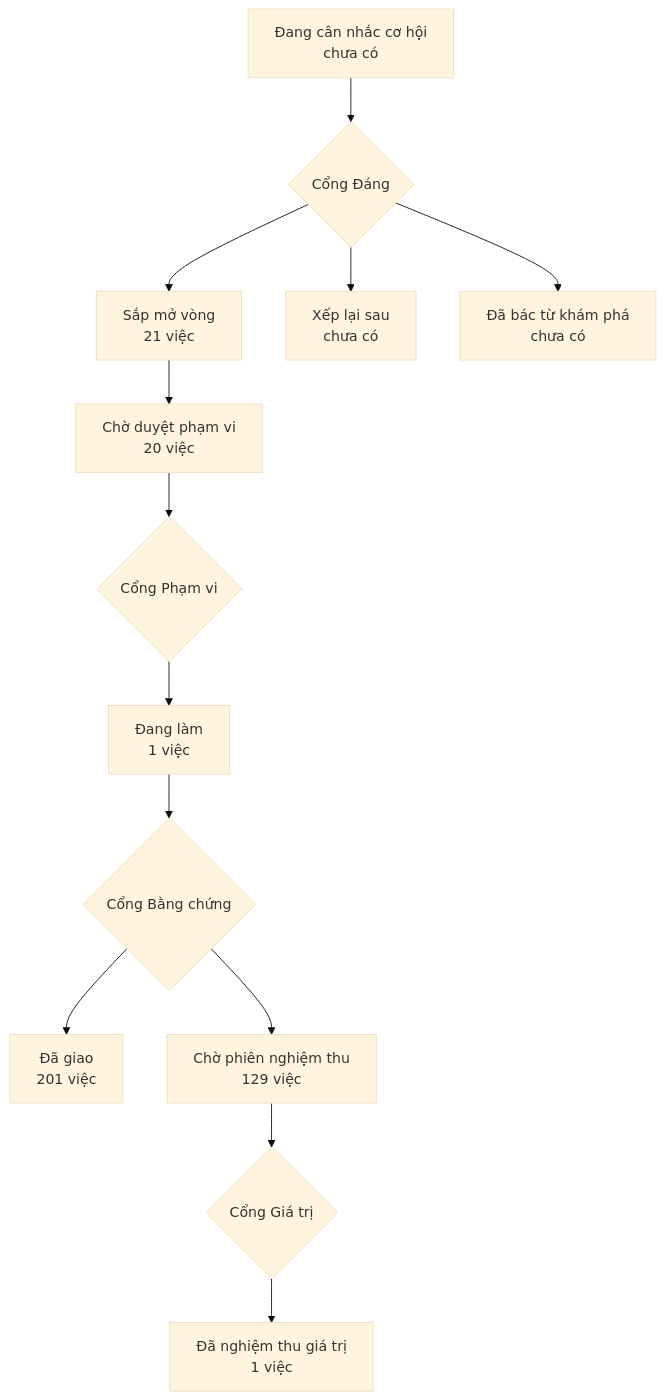
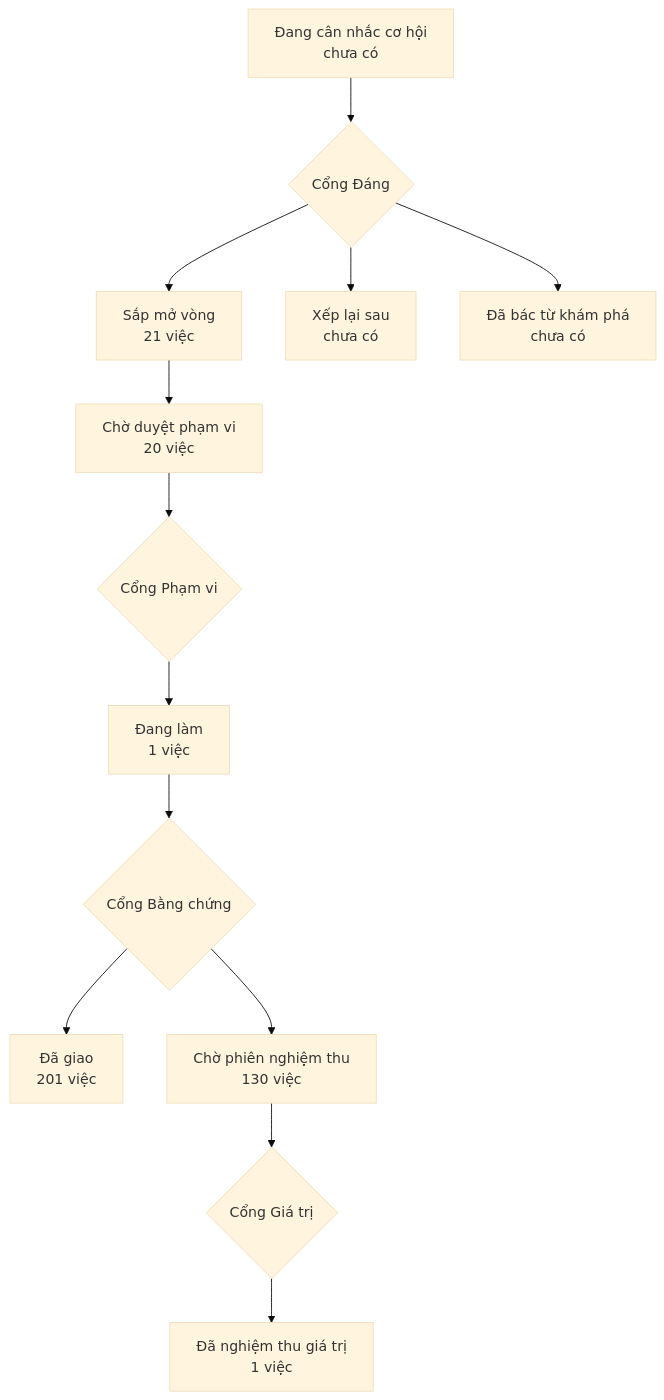
Before and after one commit to phanlemanh/onehub-invest: the diagram in PRODUCT-MAP.md, drawn with Mermaid (base theme). The commit also changed other lines of this file and 1 other file, not shown here.

Commit message:
chore: vẽ lại bản đồ sản phẩm và lộ trình sau khi gộp main

````diff
--- a/PRODUCT-MAP.md
+++ b/PRODUCT-MAP.md
@@ -7,12 +7,12 @@
 ```mermaid
 flowchart TD
   A["Đang cân nhắc cơ hội<br/>chưa có"] --> GD{"Cổng Đáng"}
   GD --> B["Sắp mở vòng<br/>21 việc"]
   GD --> XL["Xếp lại sau<br/>chưa có"]
   GD --> DB["Đã bác từ khám phá<br/>chưa có"]
   B --> CD["Chờ duyệt phạm vi<br/>20 việc"] --> GP{"Cổng Phạm vi"}
   GP --> DL["Đang làm<br/>1 việc"] --> GB{"Cổng Bằng chứng"}
   GB --> DG["Đã giao<br/>201 việc"]
-  GB --> CN["Chờ phiên nghiệm thu<br/>129 việc"] --> GG{"Cổng Giá trị"}
+  GB --> CN["Chờ phiên nghiệm thu<br/>130 việc"] --> GG{"Cổng Giá trị"}
   GG --> NT["Đã nghiệm thu giá trị<br/>1 việc"]
 ```
````
